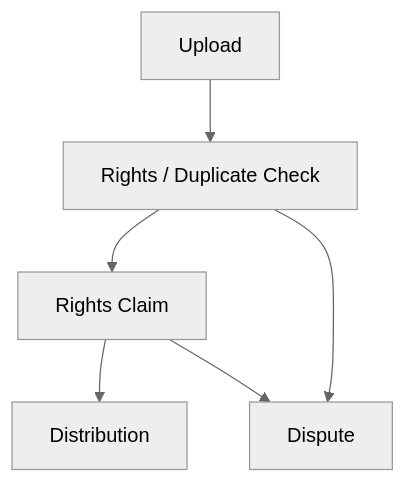
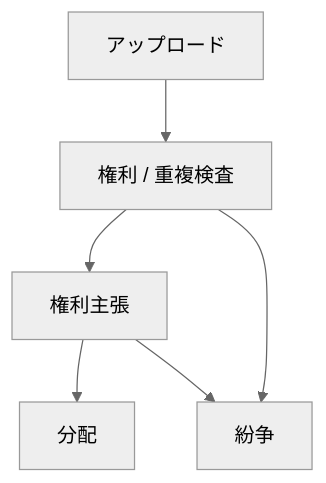
One commit to ShigeichiroYamasaki/creator-first-platform changed the sixth of 48 diagrams in docs/whitepaper/10-security.md. Above: the diagram before and after it, drawn with Mermaid (neutral theme). The commit also changed other lines of this file and 72 other files, not shown here.

````diff
--- a/docs/whitepaper/10-security.md
+++ b/docs/whitepaper/10-security.md
@@ -232,12 +232,12 @@
 ```mermaid
 flowchart TD
-    UPLOAD[Upload]
-    CHECK[Rights / Duplicate Check]
-    CLAIM[Rights Claim]
-    DISPUTE[Dispute]
-    PAY[Distribution]
+    UPLOAD[アップロード]
+    CHECK[権利 / 重複検査]
+    CLAIM[権利主張]
+    DISPUTE[紛争]
+    PAY[分配]
 
     UPLOAD --> CHECK --> CLAIM --> PAY
     CHECK --> DISPUTE
     CLAIM --> DISPUTE
 ```
````
